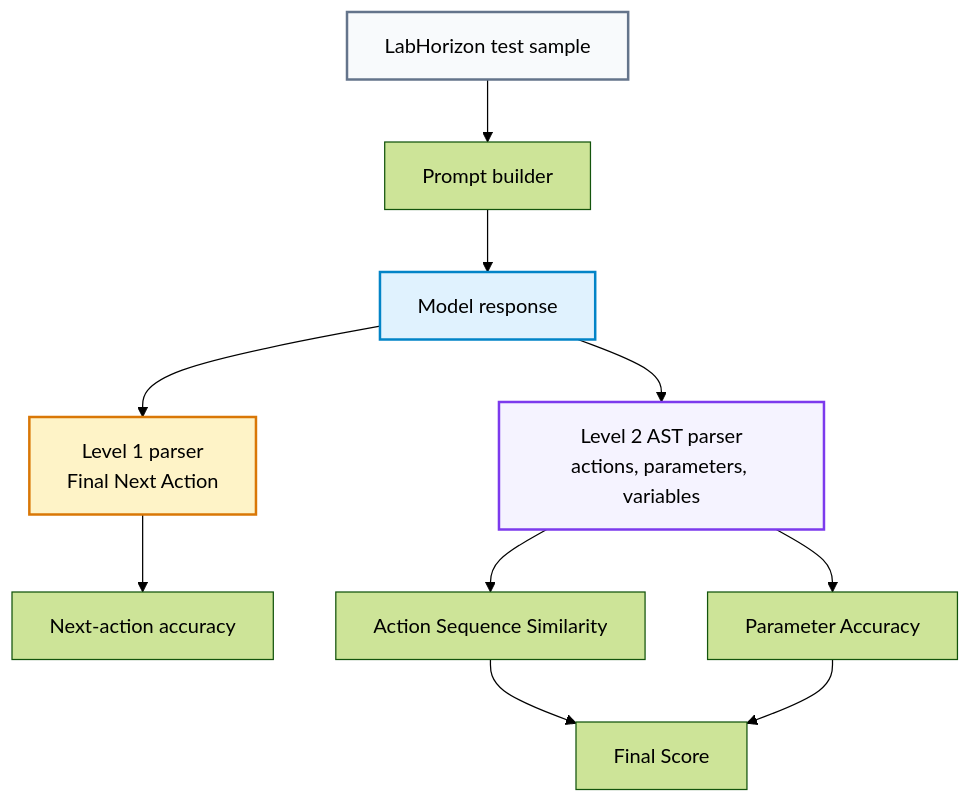
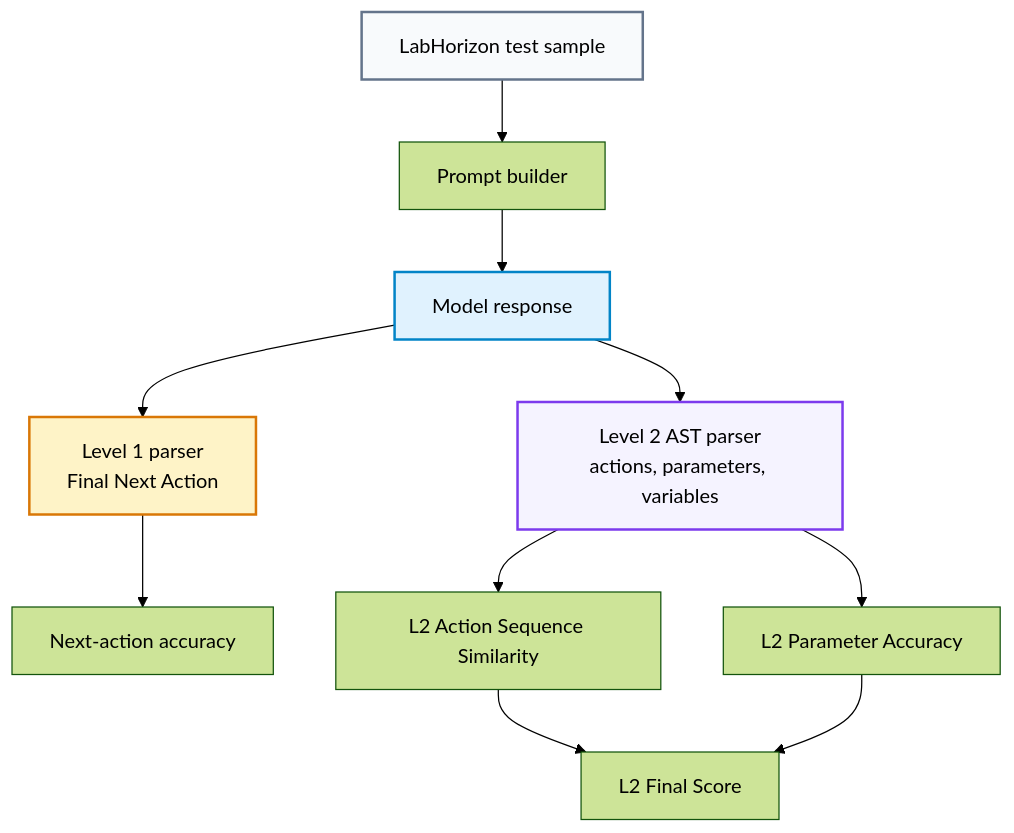
One commit to CongLab-Research/LabHorizon changed the first of 2 diagrams in README.md. Above: the diagram before and after it, drawn with Mermaid (forest theme). The commit also changed other lines of this file, not shown here.

````diff
--- a/README.md
+++ b/README.md
@@ -114,17 +114,17 @@
 ```mermaid
 flowchart TD
     S["LabHorizon test sample"] --> P["Prompt builder"]
     P --> M["Model response"]
     M --> L1["Level 1 parser<br/>Final Next Action"]
     M --> L2["Level 2 AST parser<br/>actions, parameters, variables"]
     L1 --> A["Next-action accuracy"]
-    L2 --> B["Action Sequence Similarity"]
-    L2 --> C["Parameter Accuracy"]
-    B --> F["Final Score"]
+    L2 --> B["L2 Action Sequence Similarity"]
+    L2 --> C["L2 Parameter Accuracy"]
+    B --> F["L2 Final Score"]
     C --> F
 
     style S fill:#f8fafc,stroke:#64748b,stroke-width:2px
     style M fill:#e0f2fe,stroke:#0284c7,stroke-width:2px
     style L1 fill:#fef3c7,stroke:#d97706,stroke-width:2px
     style L2 fill:#f5f3ff,stroke:#7c3aed,stroke-width:2px
 ```
````
